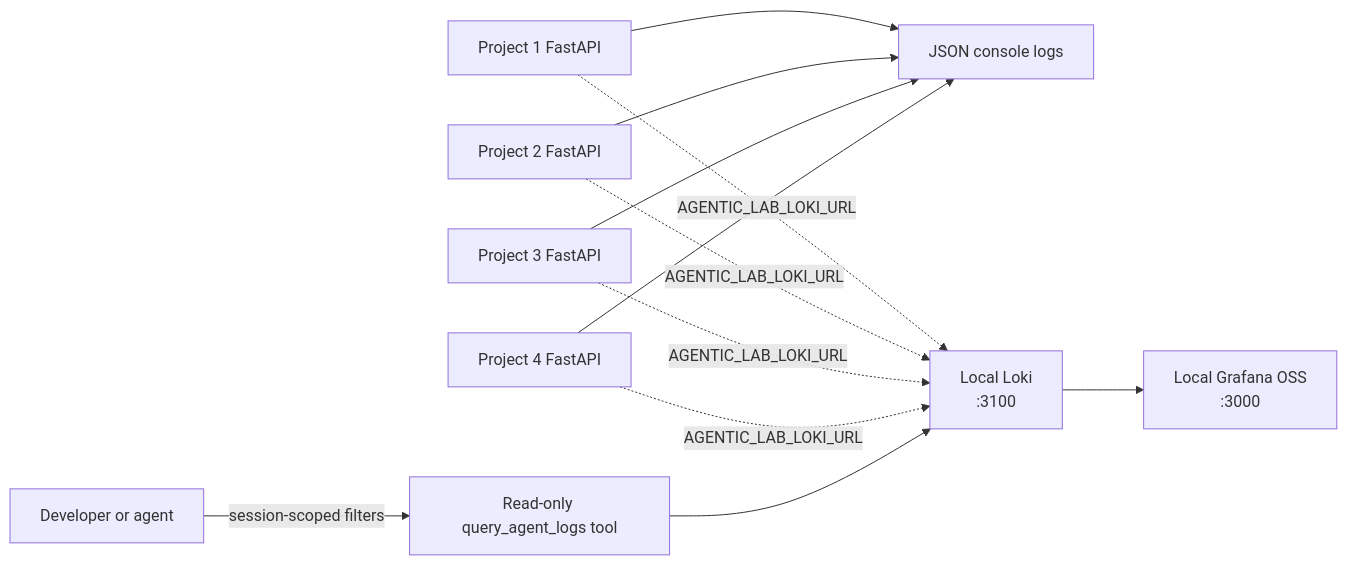
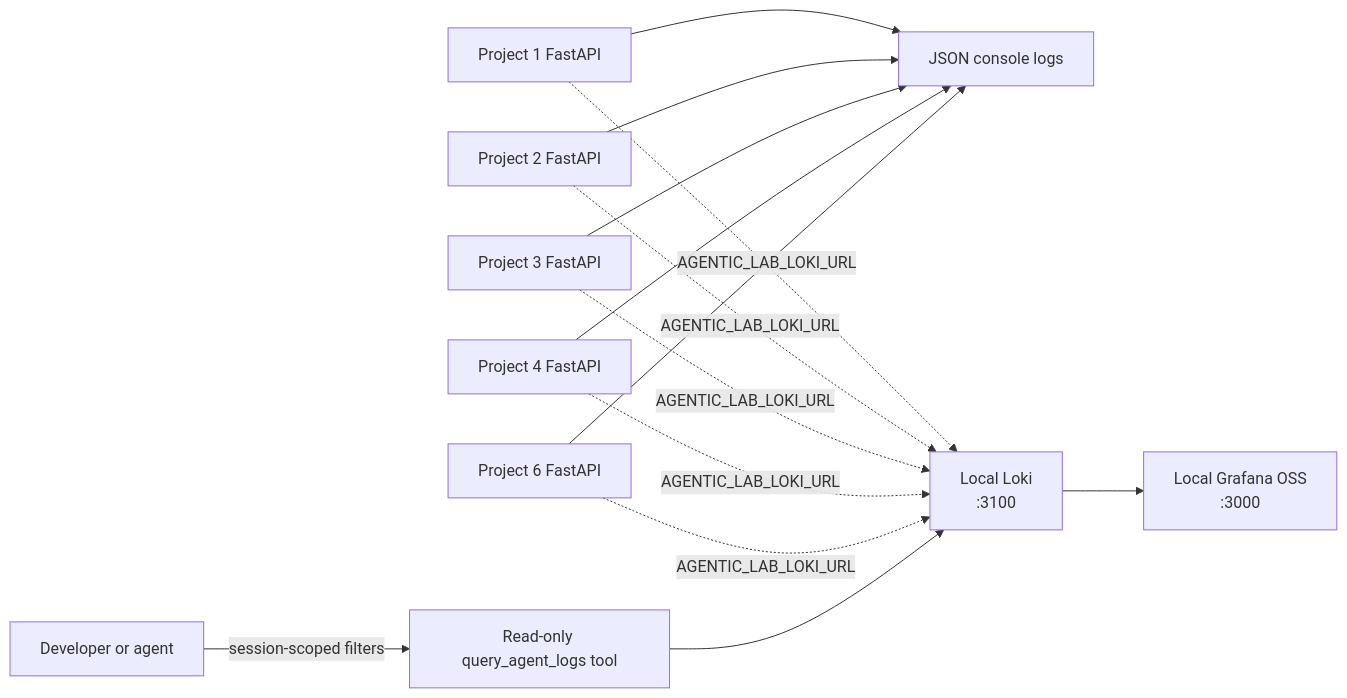
One commit to xlu-agentic-systems/agentic-system-lab changed the diagram in docs/observability.md. Above: the diagram before and after it, drawn with Mermaid. The commit also changed other lines of this file and 11 other files, not shown here.

Commit message:
Improve project architecture documentation

````diff
--- a/docs/observability.md
+++ b/docs/observability.md
@@ -8,27 +9,30 @@
 ```mermaid
 flowchart LR
     P1["Project 1 FastAPI"]
     P2["Project 2 FastAPI"]
     P3["Project 3 FastAPI"]
     P4["Project 4 FastAPI"]
+    P6["Project 6 FastAPI"]
 
     JSON["JSON console logs"]
     Loki["Local Loki<br/>:3100"]
     Grafana["Local Grafana OSS<br/>:3000"]
     Tool["Read-only query_agent_logs tool"]
     Agent["Developer or agent"]
 
     P1 --> JSON
     P2 --> JSON
     P3 --> JSON
     P4 --> JSON
+    P6 --> JSON
 
     P1 -. "AGENTIC_LAB_LOKI_URL" .-> Loki
     P2 -. "AGENTIC_LAB_LOKI_URL" .-> Loki
     P3 -. "AGENTIC_LAB_LOKI_URL" .-> Loki
     P4 -. "AGENTIC_LAB_LOKI_URL" .-> Loki
+    P6 -. "AGENTIC_LAB_LOKI_URL" .-> Loki
 
     Loki --> Grafana
     Agent -->|"session-scoped filters"| Tool
     Tool --> Loki
 ```
````
